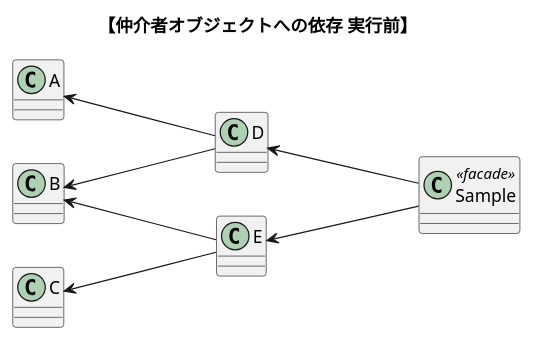
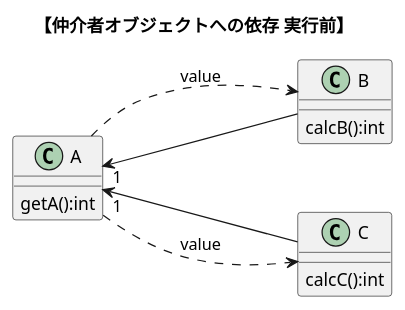
The diagram in puml/classes/before_dependents_mediator.puml (nitta-lab/TwoStagesModelingExperiments), drawn with PlantUML before and after one commit. The commit also changed 17 other files, not shown here.

```diff
--- a/puml/classes/before_dependents_mediator.puml
+++ b/puml/classes/before_dependents_mediator.puml
@@ -1,23 +1,22 @@
 @startuml map_class_push_CFD
 title "【仲介者オブジェクトへの依存 実行前】"
 left to right direction
 
-together {
-    class "A"
-    class "B"
-    class "C"
+class "A"{
+    getA():int
 }
-class "D"
-class "E"
-class "Sample"<<facade>>
+class "B"{
+    calcB():int
+}
+class "C"{
+    calcC():int
+}
 
-"A" <--- "D" 
-"B" <--- "D" 
+"A" ...> "B" : value
+"A" "1" <--- "B"
 
-"B" <--- "E"
-"C" <--- "E"
+"A" "1"<--- "C" 
+"A" ...> "C" : value
 
-"D" <--- "Sample"
-"E" <--- "Sample"
 
 @enduml
```
